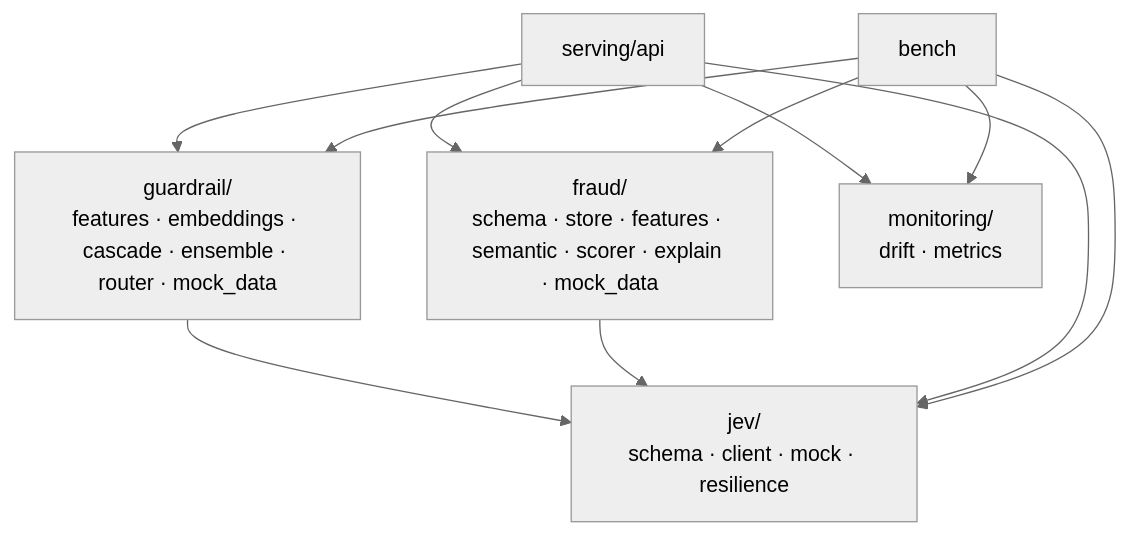
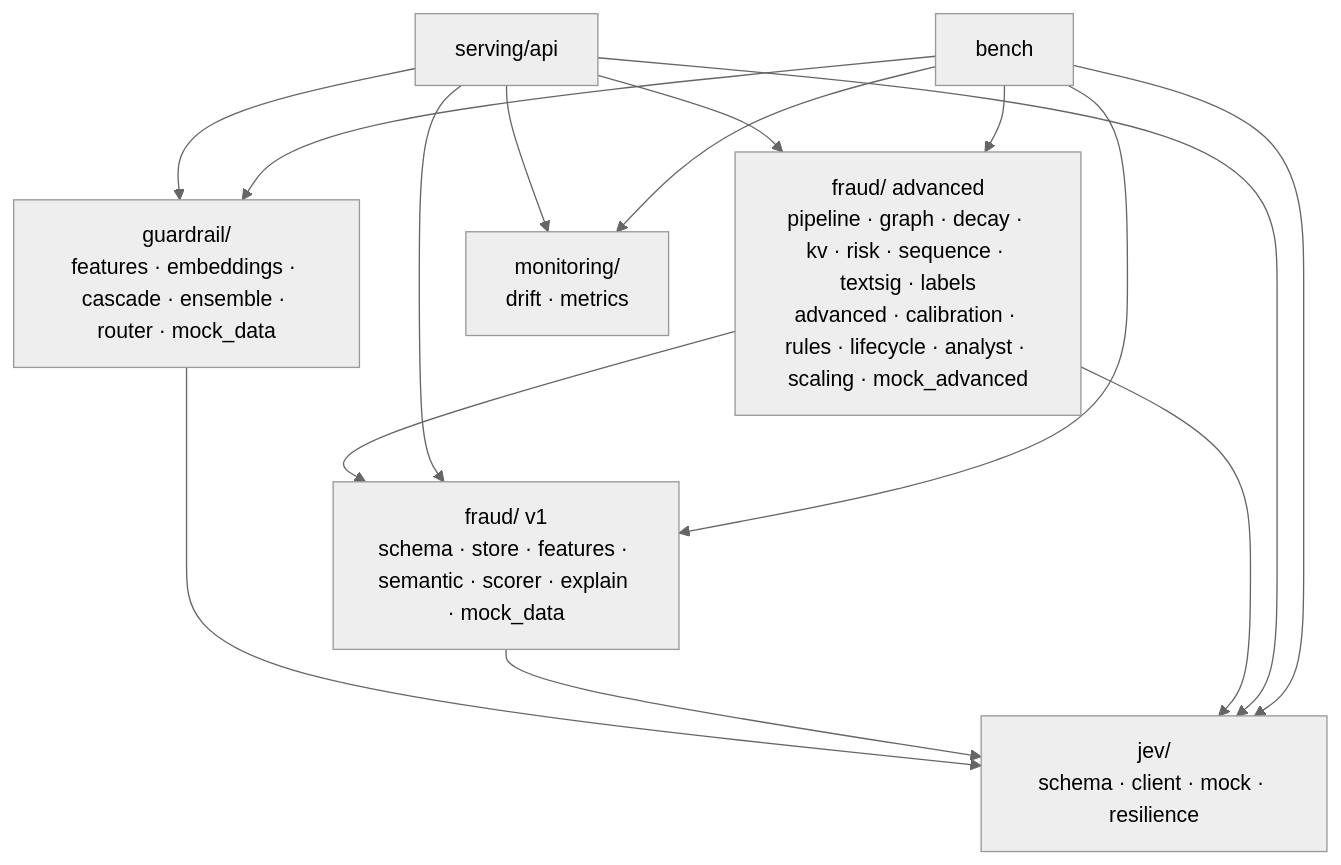
One commit to thanhauco/xgboost-jev changed the second of 13 diagrams in docs/architecture.md. Above: the diagram before and after it, drawn with Mermaid (neutral theme). The commit also changed other lines of this file and 2 other files, not shown here.

First line of the commit message:
Document the advanced fraud stack, its measured limits and the new videos

````diff
--- a/docs/architecture.md
+++ b/docs/architecture.md
@@ -51,13 +56,16 @@
 ```mermaid
 flowchart TB
     jev["jev/<br/>schema · client · mock · resilience"]
     guard["guardrail/<br/>features · embeddings · cascade · ensemble · router · mock_data"]
-    fraud["fraud/<br/>schema · store · features · semantic · scorer · explain · mock_data"]
+    fraud["fraud/ v1<br/>schema · store · features · semantic · scorer · explain · mock_data"]
+    adv["fraud/ advanced<br/>pipeline · graph · decay · kv · risk · sequence · textsig · labels<br/>advanced · calibration · rules · lifecycle · analyst · scaling · mock_advanced"]
     mon["monitoring/<br/>drift · metrics"]
     serve["serving/api"]
     bench["bench"]
     guard --> jev
     fraud --> jev
-    serve --> guard & fraud & mon & jev
-    bench --> guard & fraud & mon & jev
+    adv --> fraud
+    adv --> jev
+    serve --> guard & fraud & adv & mon & jev
+    bench --> guard & fraud & adv & mon & jev
 ```
````
